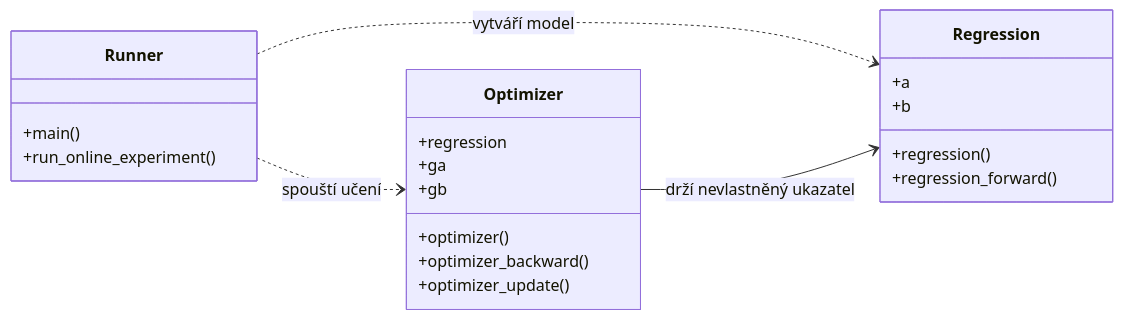
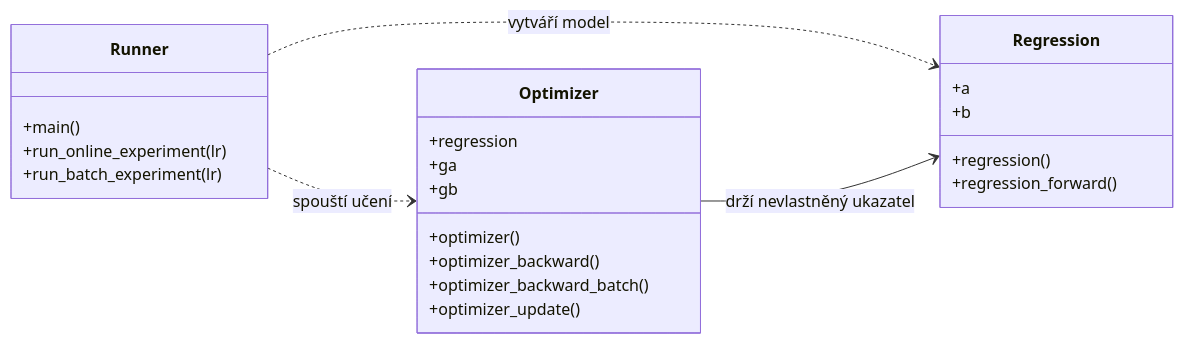
One commit to sooneoo/machine-learning changed the first of 3 diagrams in 001-LinearRegression/spec/specifikace-linearni-regrese.md. Above: the diagram before and after it, drawn with Mermaid. The commit also changed other lines of this file and 6 other files, not shown here.

Commit message:
regression: compare online and batch training

````diff
--- a/001-LinearRegression/spec/specifikace-linearni-regrese.md
+++ b/001-LinearRegression/spec/specifikace-linearni-regrese.md
@@ -161,25 +222,27 @@
 ```mermaid
 classDiagram
     direction LR
     class Runner {
         +main()
-        +run_online_experiment()
+        +run_online_experiment(lr)
+        +run_batch_experiment(lr)
     }
     class Optimizer {
         +regression
         +ga
         +gb
         +optimizer()
         +optimizer_backward()
+        +optimizer_backward_batch()
         +optimizer_update()
     }
     class Regression {
         +a
         +b
         +regression()
         +regression_forward()
     }
     Runner ..> Regression : vytváří model
     Runner ..> Optimizer : spouští učení
     Optimizer --> Regression : drží nevlastněný ukazatel
 ```
````
